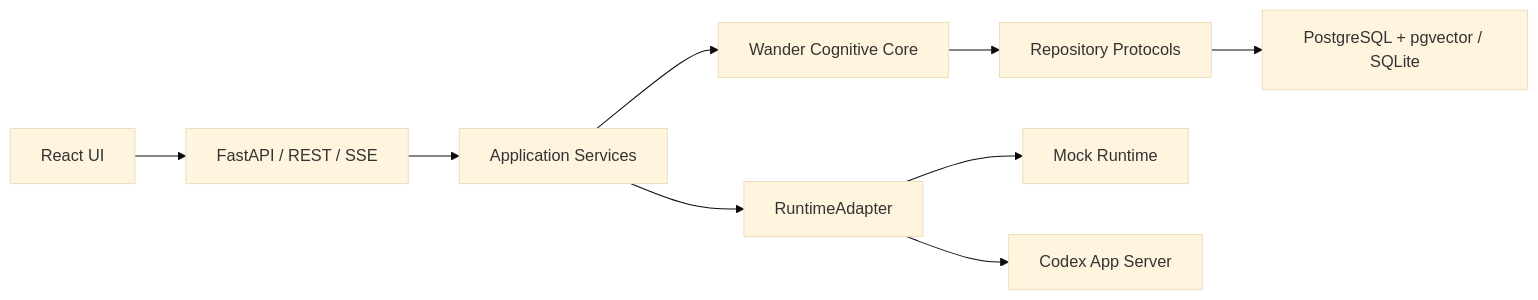
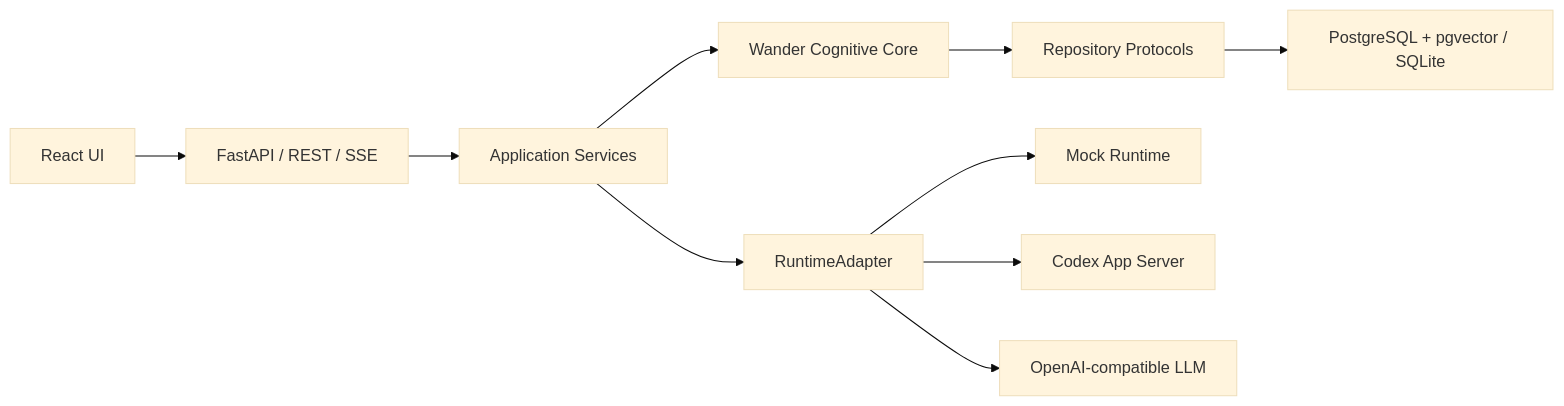
The diagram in README.md (xxiaoxiong/WanderMind), drawn with Mermaid (base theme) before and after one commit. The commit also changed other lines of this file and 33 other files, not shown here.

````diff
--- a/README.md
+++ b/README.md
@@ -27,11 +27,12 @@
 ```mermaid
 flowchart LR
     UI["React UI"] --> API["FastAPI / REST / SSE"]
     API --> APP["Application Services"]
     APP --> CORE["Wander Cognitive Core"]
     CORE --> REPO["Repository Protocols"]
     REPO --> DB["PostgreSQL + pgvector / SQLite"]
     APP --> RUNTIME["RuntimeAdapter"]
     RUNTIME --> MOCK["Mock Runtime"]
     RUNTIME --> CODEX["Codex App Server"]
+    RUNTIME --> LLM["OpenAI-compatible LLM"]
 ```
````
